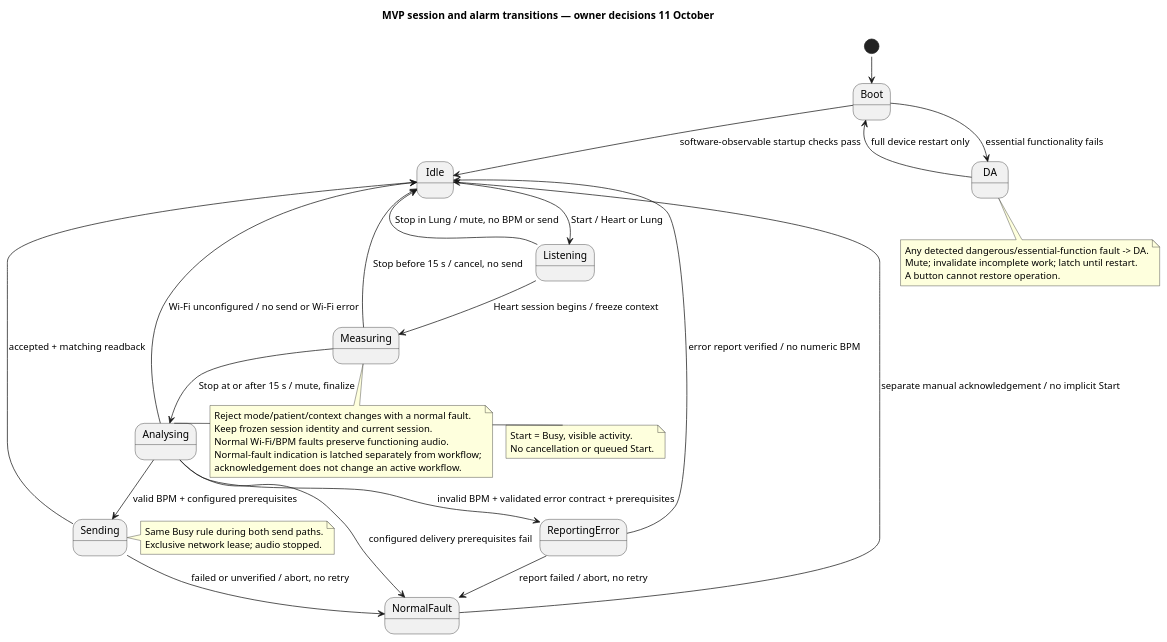
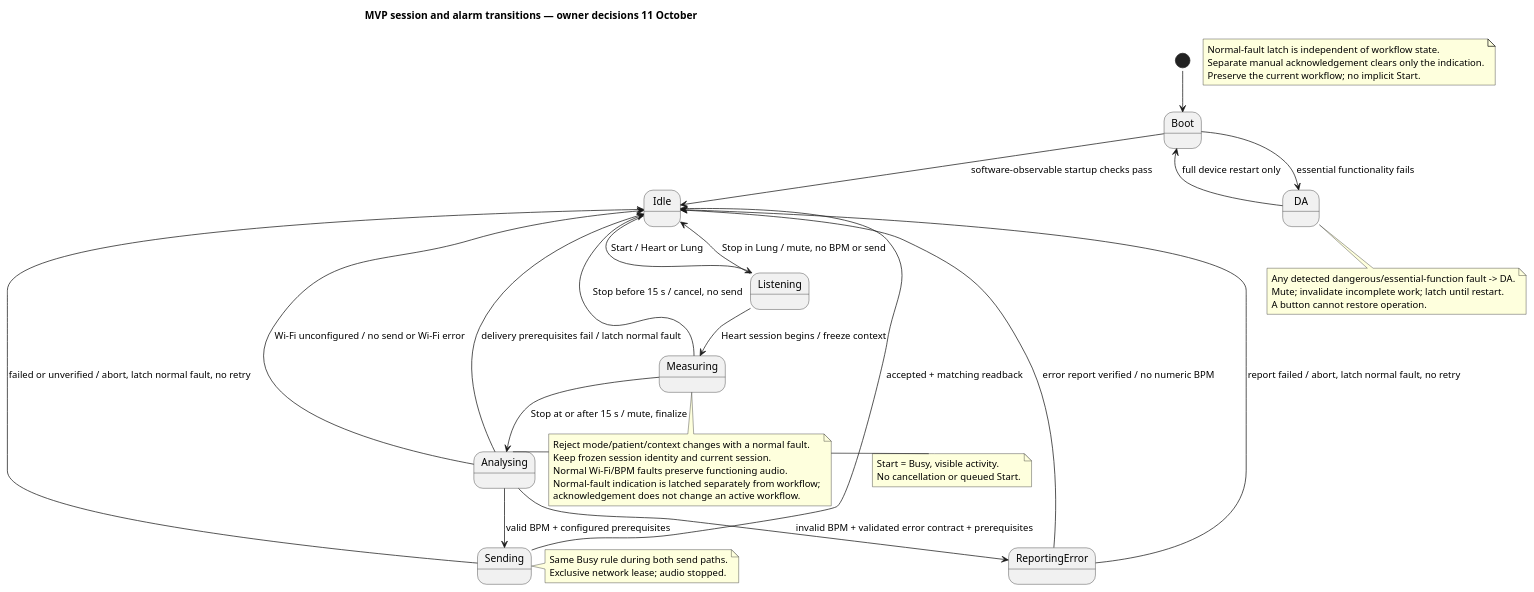
Before and after one commit to DemonicPsychoII/DigitalStethoscope: the diagram in Development/system/architecture/mvp-session-state.puml, drawn with PlantUML. The commit also changed 3 other files, not shown here.

```diff
--- a/Development/system/architecture/mvp-session-state.puml
+++ b/Development/system/architecture/mvp-session-state.puml
@@ -1,44 +1,48 @@
 @startuml mvp_session_state
 !pragma layout smetana
 skinparam shadowing false
 skinparam defaultFontName SansSerif
 title MVP session and alarm transitions — owner decisions 11 October
 [*] --> Boot
 Boot --> Idle : software-observable startup checks pass
 Boot --> DA : essential functionality fails
 Idle --> Listening : Start / Heart or Lung
 Listening --> Measuring : Heart session begins / freeze context
 Listening --> Idle : Stop in Lung / mute, no BPM or send
 Measuring --> Idle : Stop before 15 s / cancel, no send
 Measuring --> Analysing : Stop at or after 15 s / mute, finalize
 Analysing --> Sending : valid BPM + configured prerequisites
 Analysing --> ReportingError : invalid BPM + validated error contract + prerequisites
 Analysing --> Idle : Wi-Fi unconfigured / no send or Wi-Fi error
-Analysing --> NormalFault : configured delivery prerequisites fail
+Analysing --> Idle : delivery prerequisites fail / latch normal fault
 Sending --> Idle : accepted + matching readback
-Sending --> NormalFault : failed or unverified / abort, no retry
+Sending --> Idle : failed or unverified / abort, latch normal fault, no retry
 ReportingError --> Idle : error report verified / no numeric BPM
-ReportingError --> NormalFault : report failed / abort, no retry
-NormalFault --> Idle : separate manual acknowledgement / no implicit Start
+ReportingError --> Idle : report failed / abort, latch normal fault, no retry
+note as NormalFaultIndication
+  Normal-fault latch is independent of workflow state.
+  Separate manual acknowledgement clears only the indication.
+  Preserve the current workflow; no implicit Start.
+end note
 DA --> Boot : full device restart only
 note right of Analysing
   Start = Busy, visible activity.
   No cancellation or queued Start.
 end note
 note right of Sending
   Same Busy rule during both send paths.
   Exclusive network lease; audio stopped.
 end note
 note bottom of Measuring
   Reject mode/patient/context changes with a normal fault.
   Keep frozen session identity and current session.
   Normal Wi-Fi/BPM faults preserve functioning audio.
   Normal-fault indication is latched separately from workflow;
   acknowledgement does not change an active workflow.
 end note
 note bottom of DA
   Any detected dangerous/essential-function fault -> DA.
   Mute; invalidate incomplete work; latch until restart.
   A button cannot restore operation.
 end note
 @enduml
```
